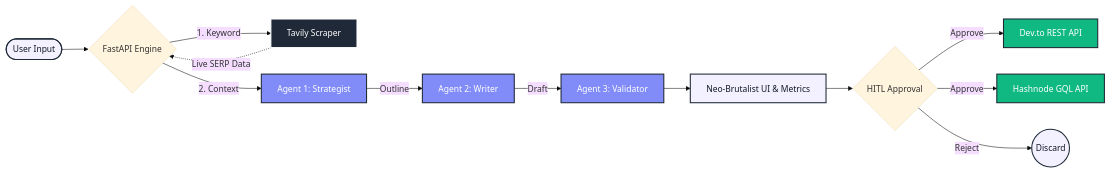
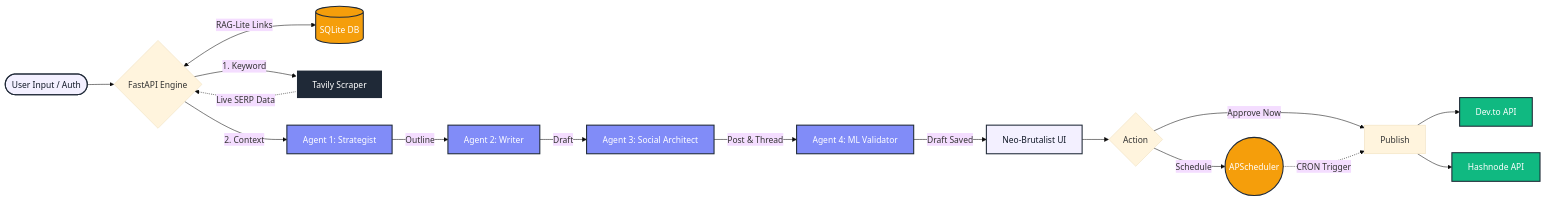
Before and after one commit to mithielesh/Artifauctor: the diagram in README.md, drawn with Mermaid (base theme). The commit also changed other lines of this file, not shown here.

````diff
--- a/README.md
+++ b/README.md
@@ -14,35 +16,41 @@
 ```mermaid
 flowchart LR
     %% Styling
     classDef input fill:#f3f0ff,stroke:#1f2937,stroke-width:2px,color:#111827
     classDef agent fill:#818cf8,stroke:#1f2937,stroke-width:2px,color:#fff
     classDef external fill:#1f2937,stroke:#fff,stroke-width:2px,color:#fff
     classDef deploy fill:#10b981,stroke:#1f2937,stroke-width:2px,color:#fff
+    classDef db fill:#f59e0b,stroke:#1f2937,stroke-width:2px,color:#fff
 
     %% Flow
-    User([User Input]) --> API{FastAPI Engine}
+    User([User Input / Auth]) --> API{FastAPI Engine}
     
-    %% Research Phase
+    %% DB & Research Phase
+    API <-->|RAG-Lite Links| Vault[(SQLite DB)]
     API -->|1. Keyword| Scraper[Tavily Scraper]
     Scraper -.->|Live SERP Data| API
     
     %% Multi-Agent Pipeline
     API -->|2. Context| Strat[Agent 1: Strategist]
     Strat -->|Outline| Writer[Agent 2: Writer]
-    Writer -->|Draft| Val[Agent 3: Validator]
+    Writer -->|Draft| Social[Agent 3: Social Architect]
+    Social -->|Post & Thread| Val[Agent 4: ML Validator]
     
-    %% HITL Deployment
-    Val --> UI[Neo-Brutalist UI & Metrics]
-    UI --> App{HITL Approval}
+    %% HITL & Background Tasks
+    Val -->|Draft Saved| UI[Neo-Brutalist UI]
+    UI --> App{Action}
+    App -->|Approve Now| Publish
+    App -->|Schedule| Worker((APScheduler))
+    Worker -.->|CRON Trigger| Publish
     
     %% Publishing
-    App -->|Approve| DevTo[Dev.to REST API]
-    App -->|Approve| Hash[Hashnode GQL API]
-    App -->|Reject| Drop((Discard))
+    Publish --> DevTo[Dev.to API]
+    Publish --> Hash[Hashnode API]
 
     %% Apply Classes
-    class User,UI,Drop input;
-    class Strat,Writer,Val agent;
+    class User,UI input;
+    class Strat,Writer,Social,Val agent;
     class Scraper external;
     class DevTo,Hash deploy;
+    class Vault,Worker db;
 ```
````
